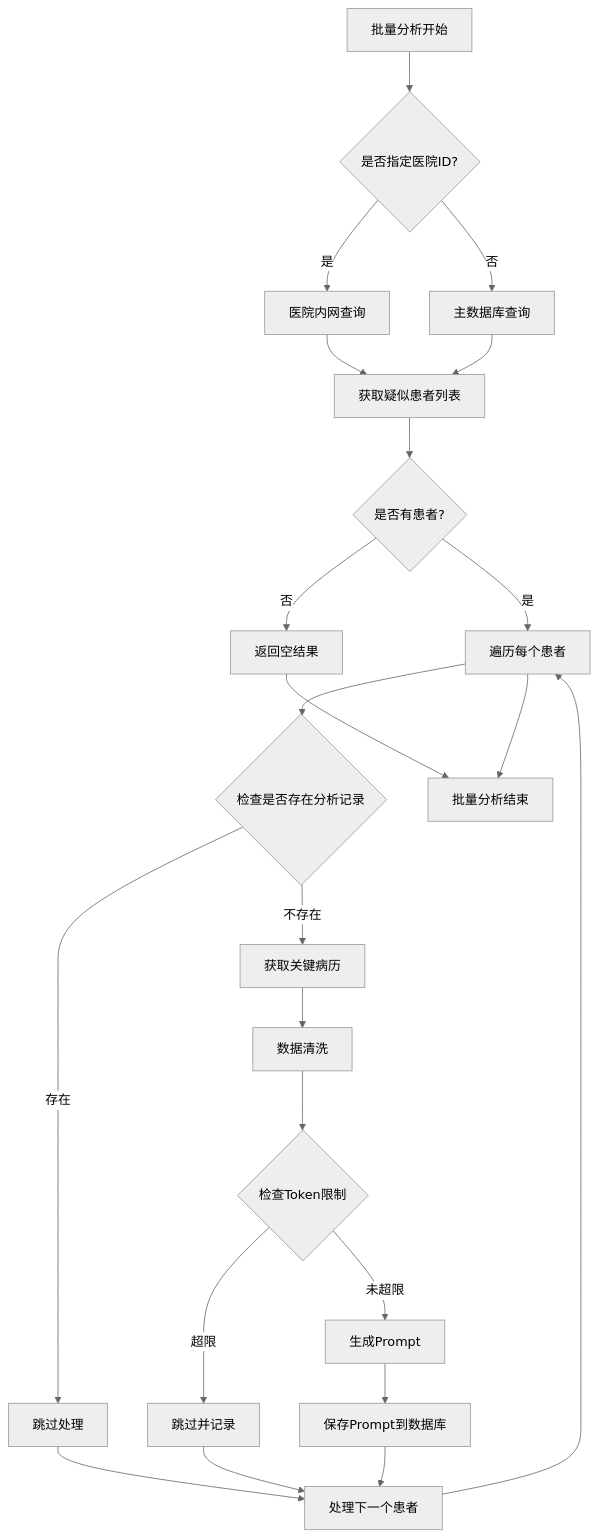
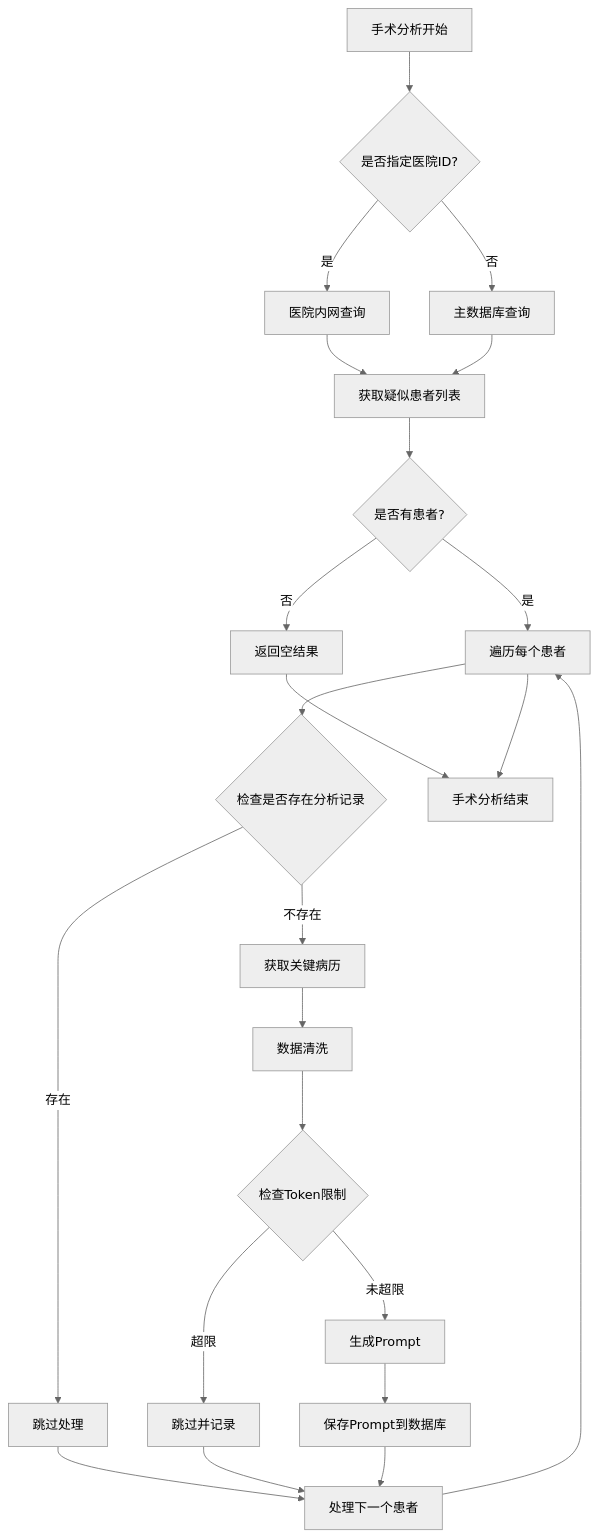
One commit to liuzh2008/med_ai_assistant_workspace changed the fourth of 16 diagrams in .qoder/repowiki/zh/content/核心功能模块/非计划再次手术分析.md. Above: the diagram before and after it, drawn with Mermaid (neutral theme). The commit also changed other lines of this file and 2 other files, not shown here.

````diff
--- a/.qoder/repowiki/zh/content/核心功能模块/非计划再次手术分析.md
+++ b/.qoder/repowiki/zh/content/核心功能模块/非计划再次手术分析.md
@@ -212,25 +227,25 @@
 ```mermaid
 flowchart TD
-BatchStart[批量分析开始] --> CheckHospital{是否指定医院ID?}
+SurgeryStart[手术分析开始] --> CheckHospital{是否指定医院ID?}
 CheckHospital --> |是| HospitalQuery[医院内网查询]
 CheckHospital --> |否| MainQuery[主数据库查询]
 HospitalQuery --> GetPatients[获取疑似患者列表]
 MainQuery --> GetPatients
 GetPatients --> CheckEmpty{是否有患者?}
 CheckEmpty --> |否| EmptyReturn[返回空结果]
 CheckEmpty --> |是| Loop[遍历每个患者]
 Loop --> CheckExist{检查是否存在分析记录}
 CheckExist --> |存在| Skip[跳过处理]
 CheckExist --> |不存在| GetRecords[获取关键病历]
 GetRecords --> Sanitize[数据清洗]
 Sanitize --> CheckToken{检查Token限制}
 CheckToken --> |超限| SkipToken[跳过并记录]
 CheckToken --> |未超限| GeneratePrompt[生成Prompt]
 GeneratePrompt --> SavePrompt[保存Prompt到数据库]
 SavePrompt --> Next[处理下一个患者]
 Skip --> Next
 SkipToken --> Next
 Next --> Loop
-Loop --> BatchEnd[批量分析结束]
-EmptyReturn --> BatchEnd
+Loop --> SurgeryEnd[手术分析结束]
+EmptyReturn --> SurgeryEnd
 ```
````
